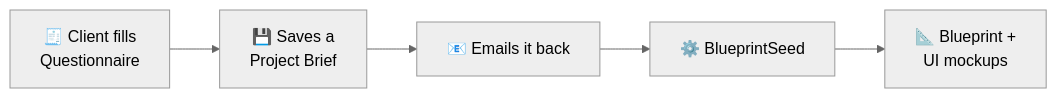
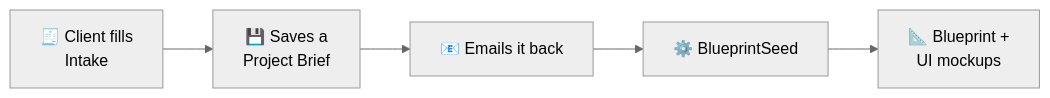
Before and after one commit to ajainx3/website-project-toolkit: the diagram in README.md, drawn with Mermaid (neutral theme). The commit also changed other lines of this file and 3 other files, not shown here.

````diff
--- a/README.md
+++ b/README.md
@@ -30,7 +30,7 @@
 ```mermaid
 flowchart LR
-  A["🧾 Client fills<br/>Questionnaire"] --> B["💾 Saves a<br/>Project Brief"]
+  A["🧾 Client fills<br/>Intake"] --> B["💾 Saves a<br/>Project Brief"]
   B --> C["📧 Emails it back"]
   C --> D["⚙️ BlueprintSeed"]
   D --> E["📐 Blueprint +<br/>UI mockups"]
 ```
````
